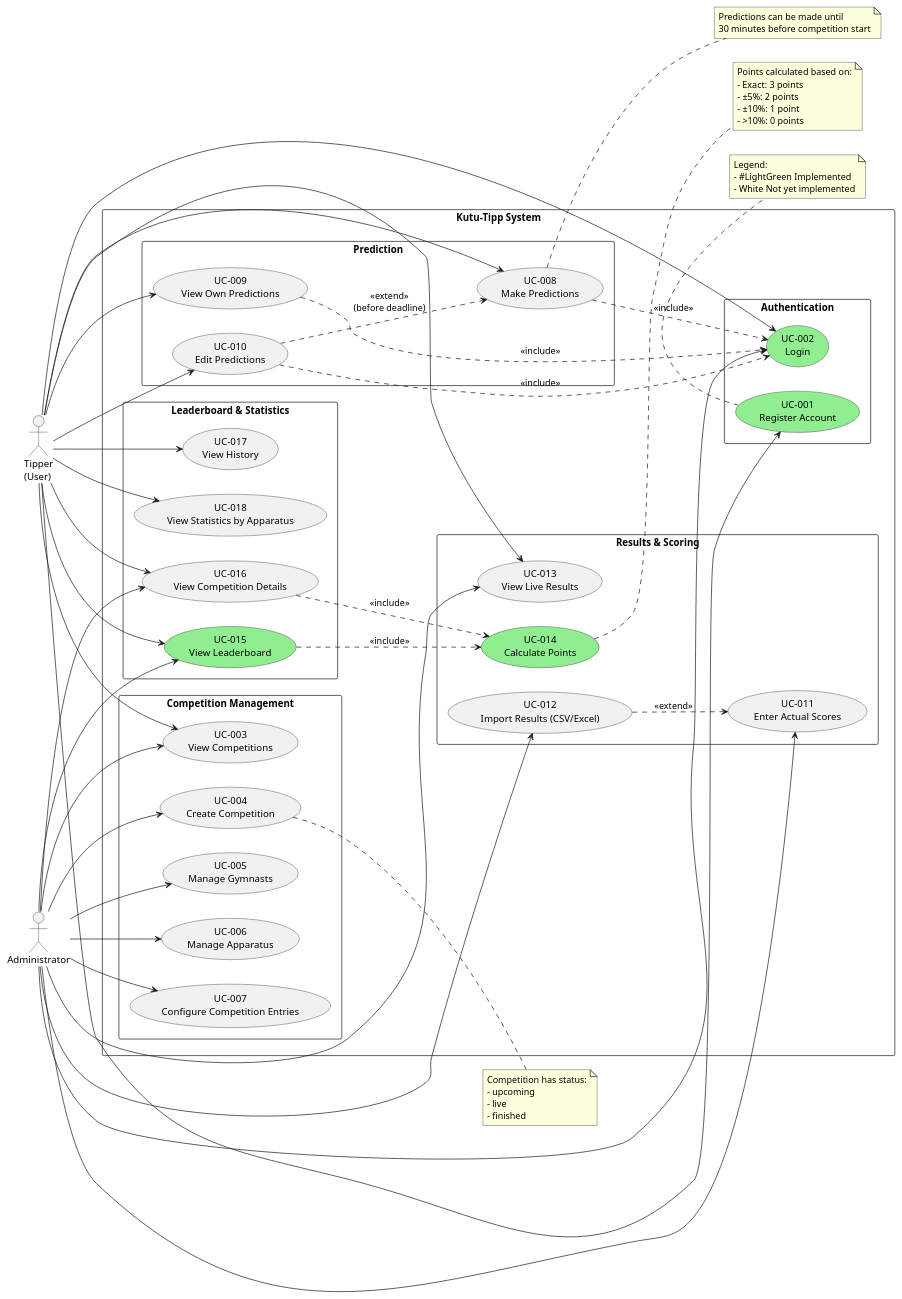
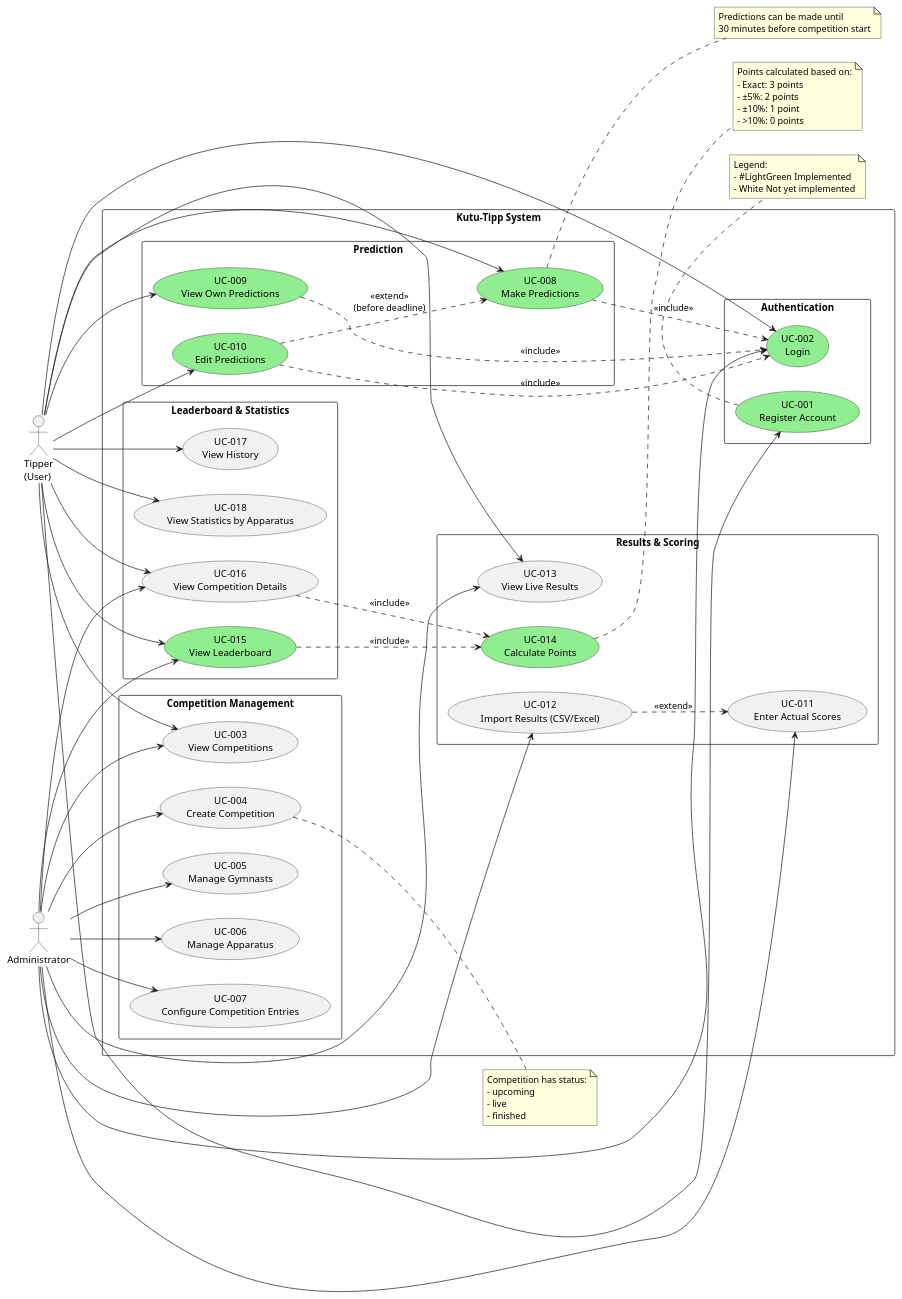
The diagram in docs/UseCase_Model.puml (simasch/kutu-tipp), drawn with PlantUML before and after one commit. The commit also changed 1 other file, not shown here.

Commit message:
Document and implement UC-009: View Own Predictions use case
**Key changes:**
- Added `UC-009_View_Own_Predictions.md` detailing the process for viewing and navigating a user’s predictions.
- Updated the Use Case Model to highlight UC-009 as implemented with `#LightGreen`.
- Documented business rules, flows, alternative scenarios, test cases, UI structure, database

```diff
--- a/docs/UseCase_Model.puml
+++ b/docs/UseCase_Model.puml
@@ -1,109 +1,109 @@
 @startuml Kutu-Tipp Use Case Model
 
 left to right direction
 skinparam packageStyle rectangle
 
 actor "Tipper\n(User)" as User
 actor "Administrator" as Admin
 
 rectangle "Kutu-Tipp System" {
 
   package "Authentication" {
     usecase "UC-001\nRegister Account" as UC1 #LightGreen
     usecase "UC-002\nLogin" as UC2 #LightGreen
   }
 
   package "Competition Management" {
     usecase "UC-003\nView Competitions" as UC3
     usecase "UC-004\nCreate Competition" as UC4
     usecase "UC-005\nManage Gymnasts" as UC5
     usecase "UC-006\nManage Apparatus" as UC6
     usecase "UC-007\nConfigure Competition Entries" as UC7
   }
 
   package "Prediction" {
-    usecase "UC-008\nMake Predictions" as UC8
-    usecase "UC-009\nView Own Predictions" as UC9
-    usecase "UC-010\nEdit Predictions" as UC10
+    usecase "UC-008\nMake Predictions" as UC8 #LightGreen
+    usecase "UC-009\nView Own Predictions" as UC9 #LightGreen
+    usecase "UC-010\nEdit Predictions" as UC10 #LightGreen
   }
 
   package "Results & Scoring" {
     usecase "UC-011\nEnter Actual Scores" as UC11
     usecase "UC-012\nImport Results (CSV/Excel)" as UC12
     usecase "UC-013\nView Live Results" as UC13
     usecase "UC-014\nCalculate Points" as UC14 #LightGreen
   }
 
   package "Leaderboard & Statistics" {
     usecase "UC-015\nView Leaderboard" as UC15 #LightGreen
     usecase "UC-016\nView Competition Details" as UC16
     usecase "UC-017\nView History" as UC17
     usecase "UC-018\nView Statistics by Apparatus" as UC18
   }
 }
 
 ' User relationships
 User --> UC1
 User --> UC2
 User --> UC3
 User --> UC8
 User --> UC9
 User --> UC10
 User --> UC13
 User --> UC15
 User --> UC16
 User --> UC17
 User --> UC18
 
 ' Admin relationships
 Admin --> UC2
 Admin --> UC3
 Admin --> UC4
 Admin --> UC5
 Admin --> UC6
 Admin --> UC7
 Admin --> UC11
 Admin --> UC12
 Admin --> UC13
 Admin --> UC15
 Admin --> UC16
 
 ' Include relationships
 UC8 ..> UC2 : <<include>>
 UC9 ..> UC2 : <<include>>
 UC10 ..> UC2 : <<include>>
 UC15 ..> UC14 : <<include>>
 UC16 ..> UC14 : <<include>>
 
 ' Extend relationships
 UC10 ..> UC8 : <<extend>>\n(before deadline)
 UC12 ..> UC11 : <<extend>>
 
 ' Notes
 note right of UC8
   Predictions can be made until
   30 minutes before competition start
 end note
 
 note right of UC14
   Points calculated based on:
   - Exact: 3 points
   - ±5%: 2 points
   - ±10%: 1 point
   - >10%: 0 points
 end note
 
 note right of UC4
   Competition has status:
   - upcoming
   - live
   - finished
 end note
 
 note bottom of UC1
   Legend:
   - #LightGreen Implemented
   - White Not yet implemented
 end note
 
 @enduml
```
